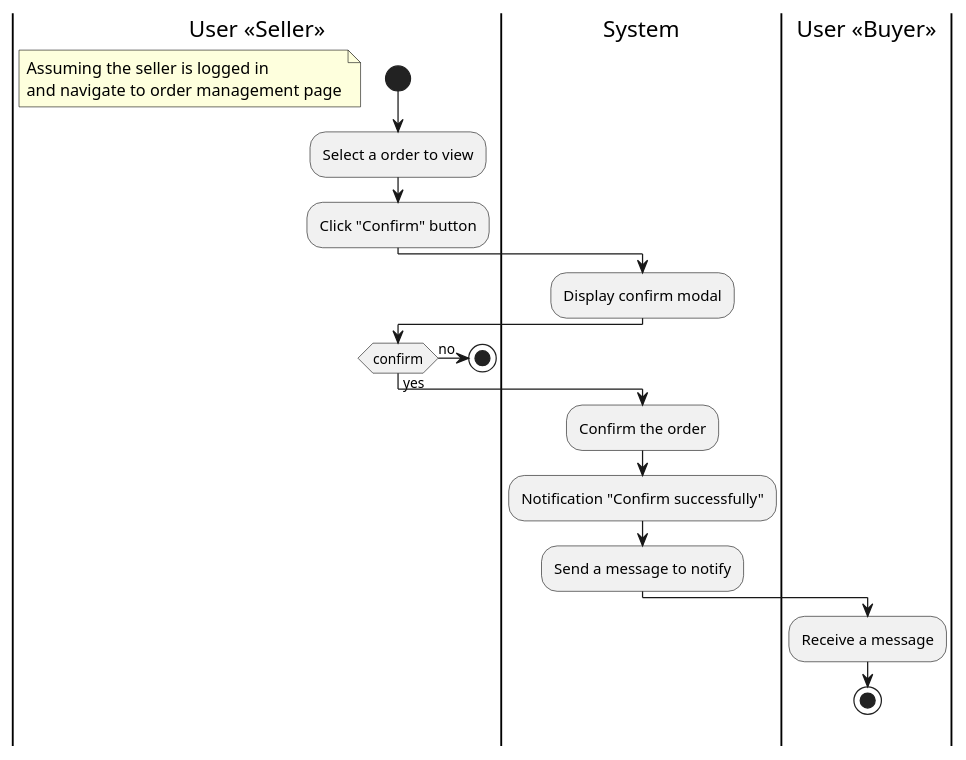
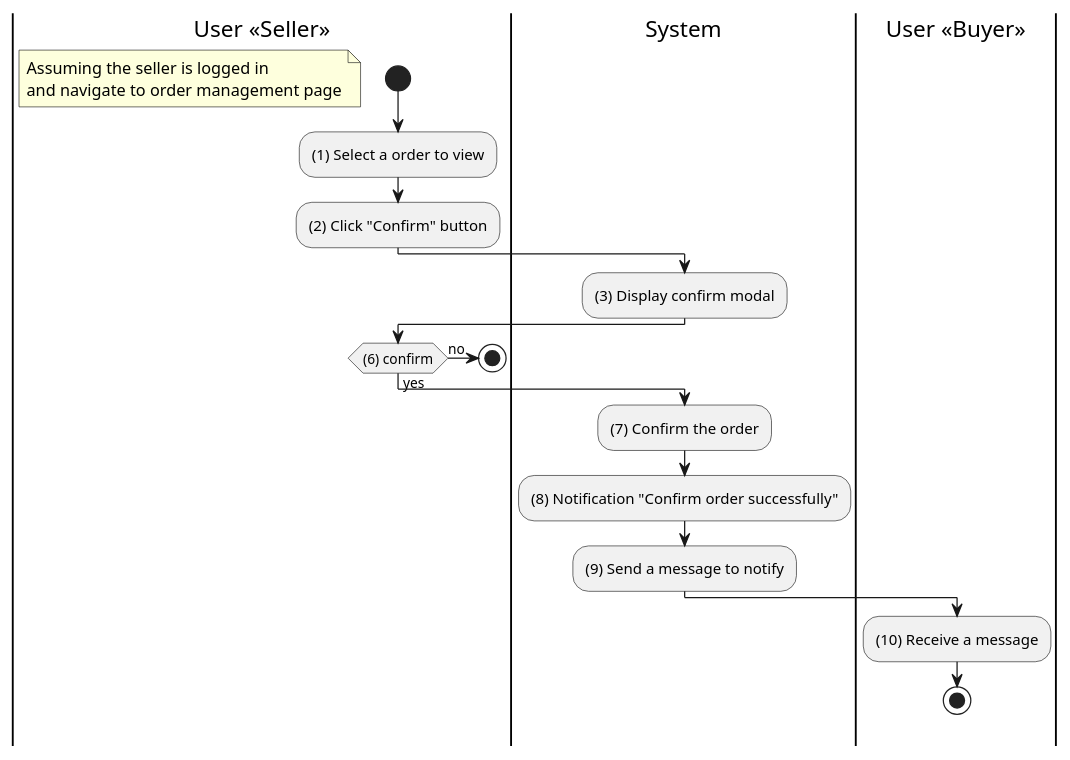
Before and after one commit to doublek2712/SE357-Pratice-class: the diagram in Lab 1.2/puml-code/activity/confirm-order.puml, drawn with PlantUML. The commit also changed 3 other files, not shown here.

```diff
--- a/Lab 1.2/puml-code/activity/confirm-order.puml
+++ b/Lab 1.2/puml-code/activity/confirm-order.puml
@@ -1,32 +1,32 @@
 @startuml
 |Seller|User <<Seller>>
 |System|
 |Buyer|User <<Buyer>>
 
 |Seller|
 start
 floating note left
 Assuming the seller is logged in
 and navigate to order management page
 end note
 
-:Select a order to view;
-:Click "Confirm" button;
+:(1) Select a order to view;
+:(2) Click "Confirm" button;
 |System|
-:Display confirm modal;
+:(3) Display confirm modal;
 |Seller|
-if (confirm) then (yes)
+if ((6) confirm) then (yes)
    |System|
-   :Confirm the order;
-   :Notification "Confirm successfully";
-   :Send a message to notify;
+   :(7) Confirm the order;
+   :(8) Notification "Confirm order successfully";
+   :(9) Send a message to notify;
    |Buyer|
-   :Receive a message;
+   :(10) Receive a message;
    stop
 |Seller|
 else (no) 
 stop
 endif
 
 
 @enduml
```
